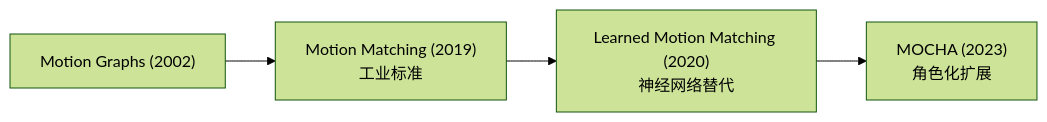
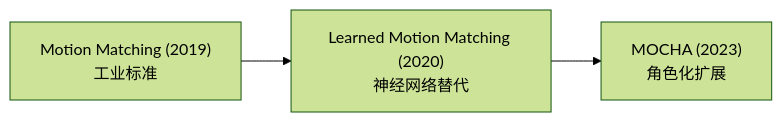
The sixth of 26 diagrams in src/Locomotion_Survey.md (CaterpillarStudyGroup/GAMES105_mdbook), drawn with Mermaid (forest theme) before and after one commit. The commit also changed other lines of this file, not shown here.

First line of the commit message:
Update overview diagram to show Phase branch relationship

````diff
--- a/src/Locomotion_Survey.md
+++ b/src/Locomotion_Survey.md
@@ -252,6 +261,5 @@
 ```mermaid
 flowchart LR
-    MG["Motion Graphs (2002)"] --> MM["Motion Matching (2019)<br/>工业标准"]
-    MM --> LMM["Learned Motion Matching (2020)<br/>神经网络替代"]
+    MM["Motion Matching (2019)<br/>工业标准"] --> LMM["Learned Motion Matching (2020)<br/>神经网络替代"]
     LMM --> MOCHA["MOCHA (2023)<br/>角色化扩展"]
 ```
````
